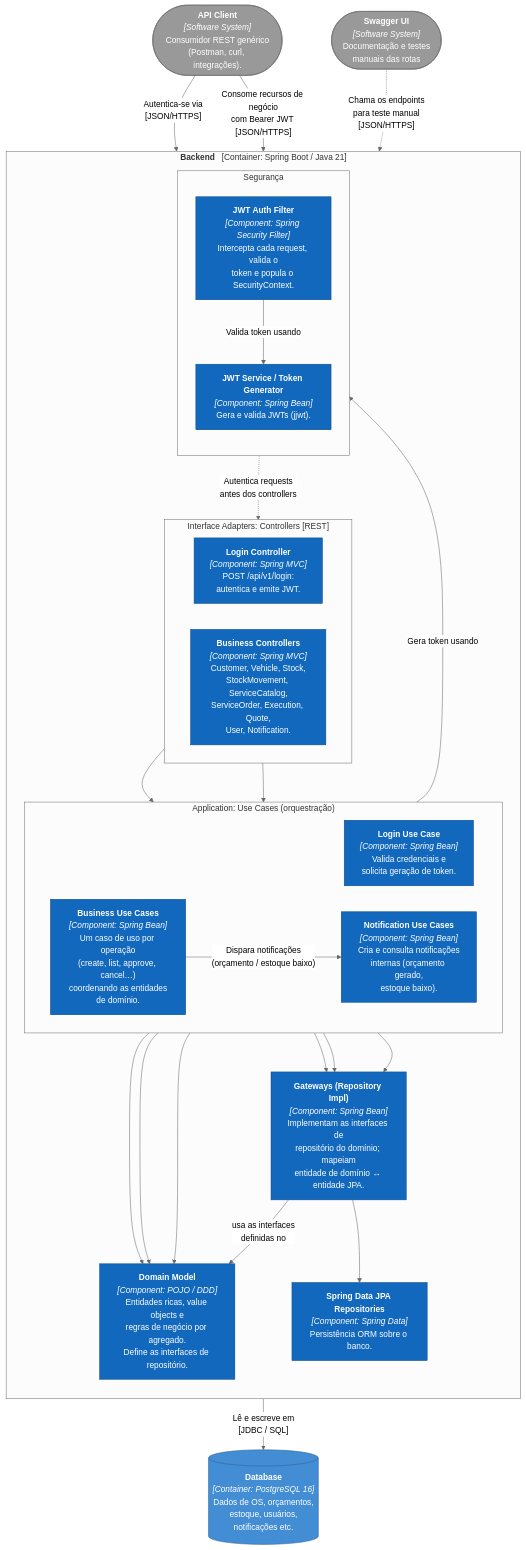
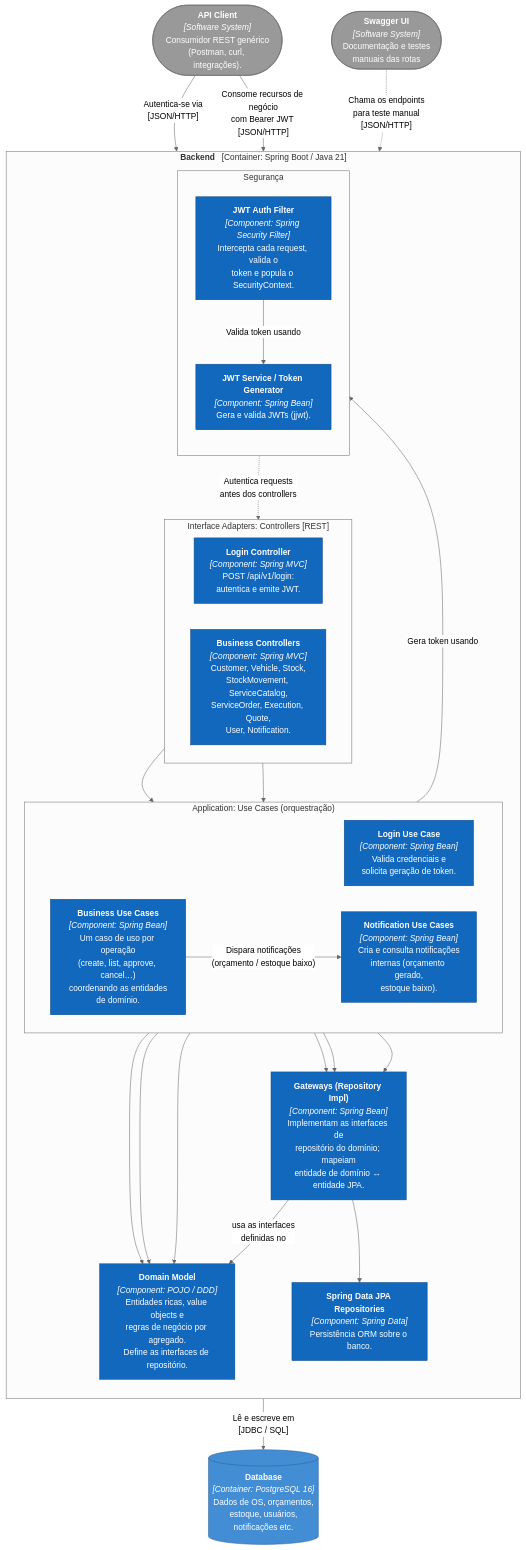
The diagram in docs/COMPONENT-DIAGRAM.md (15SOAT-FIAP/techchallenge-ofisy), drawn with Mermaid before and after one commit. The commit also changed other lines of this file, not shown here.

Commit message:
docs: manter HTTP na documentaçao

````diff
--- a/docs/COMPONENT-DIAGRAM.md
+++ b/docs/COMPONENT-DIAGRAM.md
@@ -12,81 +12,81 @@
 ```mermaid
 %%{init: {'theme':'neutral', 'flowchart': {'curve':'basis'}}}%%
 flowchart TB
     %% ---------- Actors / external ----------
     Client(["<b>API Client</b><br/><i>[Software System]</i><br/>Consumidor REST genérico<br/>(Postman, curl, integrações)."])
 
     subgraph Backend["<b>Backend</b> &nbsp; [Container: Spring Boot / Java 21]"]
         direction TB
 
         %% ---------- Interface layer ----------
         subgraph InterfaceLayer["Interface Adapters: Controllers [REST]"]
             direction LR
             LoginCtrl["<b>Login Controller</b><br/><i>[Component: Spring MVC]</i><br/>POST /api/v1/login:<br/>autentica e emite JWT."]
             BizCtrls["<b>Business Controllers</b><br/><i>[Component: Spring MVC]</i><br/>Customer, Vehicle, Stock,<br/>StockMovement, ServiceCatalog,<br/>ServiceOrder, Execution, Quote,<br/>User, Notification."]
         end
 
         %% ---------- Application layer ----------
         subgraph AppLayer["Application: Use Cases (orquestração)"]
             direction LR
             LoginUC["<b>Login Use Case</b><br/><i>[Component: Spring Bean]</i><br/>Valida credenciais e<br/>solicita geração de token."]
             BizUC["<b>Business Use Cases</b><br/><i>[Component: Spring Bean]</i><br/>Um caso de uso por operação<br/>(create, list, approve, cancel…)<br/>coordenando as entidades<br/>de domínio."]
             NotifUC["<b>Notification Use Cases</b><br/><i>[Component: Spring Bean]</i><br/>Cria e consulta notificações<br/>internas (orçamento gerado,<br/>estoque baixo)."]
         end
 
         %% ---------- Domain ----------
         Domain["<b>Domain Model</b><br/><i>[Component: POJO / DDD]</i><br/>Entidades ricas, value objects e<br/>regras de negócio por agregado.<br/>Define as interfaces de repositório."]
 
         %% ---------- Cross-cutting security ----------
         subgraph SecLayer["Segurança"]
             direction TB
             JwtFilter["<b>JWT Auth Filter</b><br/><i>[Component: Spring Security Filter]</i><br/>Intercepta cada request, valida o<br/>token e popula o SecurityContext."]
             JwtService["<b>JWT Service / Token Generator</b><br/><i>[Component: Spring Bean]</i><br/>Gera e valida JWTs (jjwt)."]
         end
 
         %% ---------- Interface adapters: gateways ----------
         Gateways["<b>Gateways (Repository Impl)</b><br/><i>[Component: Spring Bean]</i><br/>Implementam as interfaces de<br/>repositório do domínio; mapeiam<br/>entidade de domínio ↔ entidade JPA."]
 
         JpaRepos["<b>Spring Data JPA Repositories</b><br/><i>[Component: Spring Data]</i><br/>Persistência ORM sobre o banco."]
     end
 
     %% ---------- Infra containers ----------
     Db[("<b>Database</b><br/><i>[Container: PostgreSQL 16]</i><br/>Dados de OS, orçamentos,<br/>estoque, usuários,<br/>notificações etc.")]
 
     %% Swagger declarado aqui (fora do topo) para não cruzar com as setas do API Client
     Swagger(["<b>Swagger UI</b><br/><i>[Software System]</i><br/>Documentação e testes<br/>manuais das rotas"])
 
     %% ================= Relationships =================
-    Client -->|"Autentica-se via<br/>[JSON/HTTPS]"| LoginCtrl
-    Client -->|"Consome recursos de negócio<br/>com Bearer JWT [JSON/HTTPS]"| BizCtrls
+    Client -->|"Autentica-se via<br/>[JSON/HTTP]"| LoginCtrl
+    Client -->|"Consome recursos de negócio<br/>com Bearer JWT [JSON/HTTP]"| BizCtrls
 
     JwtFilter -.->|"Autentica requests<br/>antes dos controllers"| BizCtrls
     JwtFilter -->|"Valida token usando"| JwtService
 
     LoginCtrl --> LoginUC
     BizCtrls --> BizUC
 
     LoginUC -->|"Gera token usando"| JwtService
     LoginUC --> Domain
     BizUC --> Domain
     BizUC -->|"Dispara notificações<br/>(orçamento / estoque baixo)"| NotifUC
     NotifUC --> Domain
 
     LoginUC --> Gateways
     BizUC --> Gateways
     NotifUC --> Gateways
     Gateways -->|"usa as interfaces<br/>definidas no"| Domain
 
     Gateways --> JpaRepos
     JpaRepos -->|"Lê e escreve em<br/>[JDBC / SQL]"| Db
 
-    Swagger -.->|"Chama os endpoints<br/>para teste manual<br/>[JSON/HTTPS]"| BizCtrls
+    Swagger -.->|"Chama os endpoints<br/>para teste manual<br/>[JSON/HTTP]"| BizCtrls
 
     %% ================= Styling =================
     classDef comp fill:#1168bd,stroke:#0b4884,color:#ffffff;
     classDef ext fill:#999999,stroke:#6b6b6b,color:#ffffff;
     classDef db fill:#438dd5,stroke:#2e6295,color:#ffffff;
 
     class LoginCtrl,BizCtrls,LoginUC,BizUC,NotifUC,Domain,JwtFilter,JwtService,Gateways,JpaRepos comp;
     class Client,Swagger ext;
     class Db db;
 ```
````
